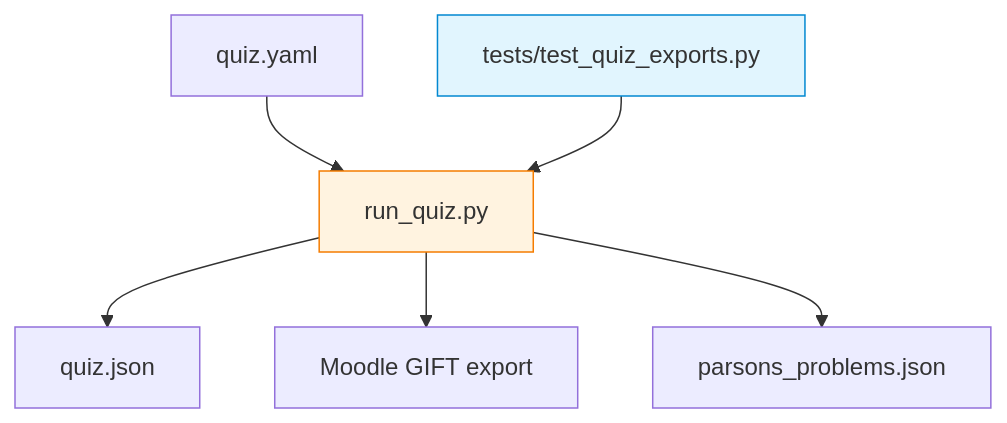
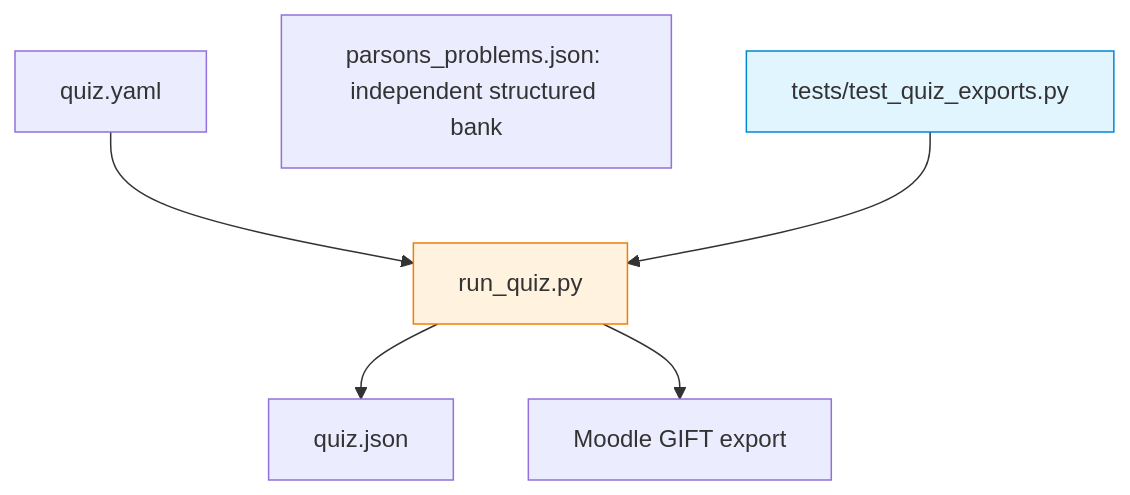
Before and after one commit to antonioclim/COMPNET-EN: the diagram in 00_APPENDIX/formative/README.md, drawn with Mermaid. The commit also changed other lines of this file and 551 other files, not shown here.

````diff
--- a/00_APPENDIX/formative/README.md
+++ b/00_APPENDIX/formative/README.md
@@ -18,11 +18,11 @@
 ```mermaid
 flowchart TD
     YAML["quiz.yaml"] --> RUN["run_quiz.py"]
     RUN --> JSON["quiz.json"]
     RUN --> GIFT["Moodle GIFT export"]
-    RUN --> PAR["parsons_problems.json"]
+    PAR["parsons_problems.json: independent structured bank"]
     TEST["tests/test_quiz_exports.py"] --> RUN
 
     style RUN fill:#fff3e0,stroke:#f57c00
     style TEST fill:#e1f5fe,stroke:#0288d1
 ```
````
